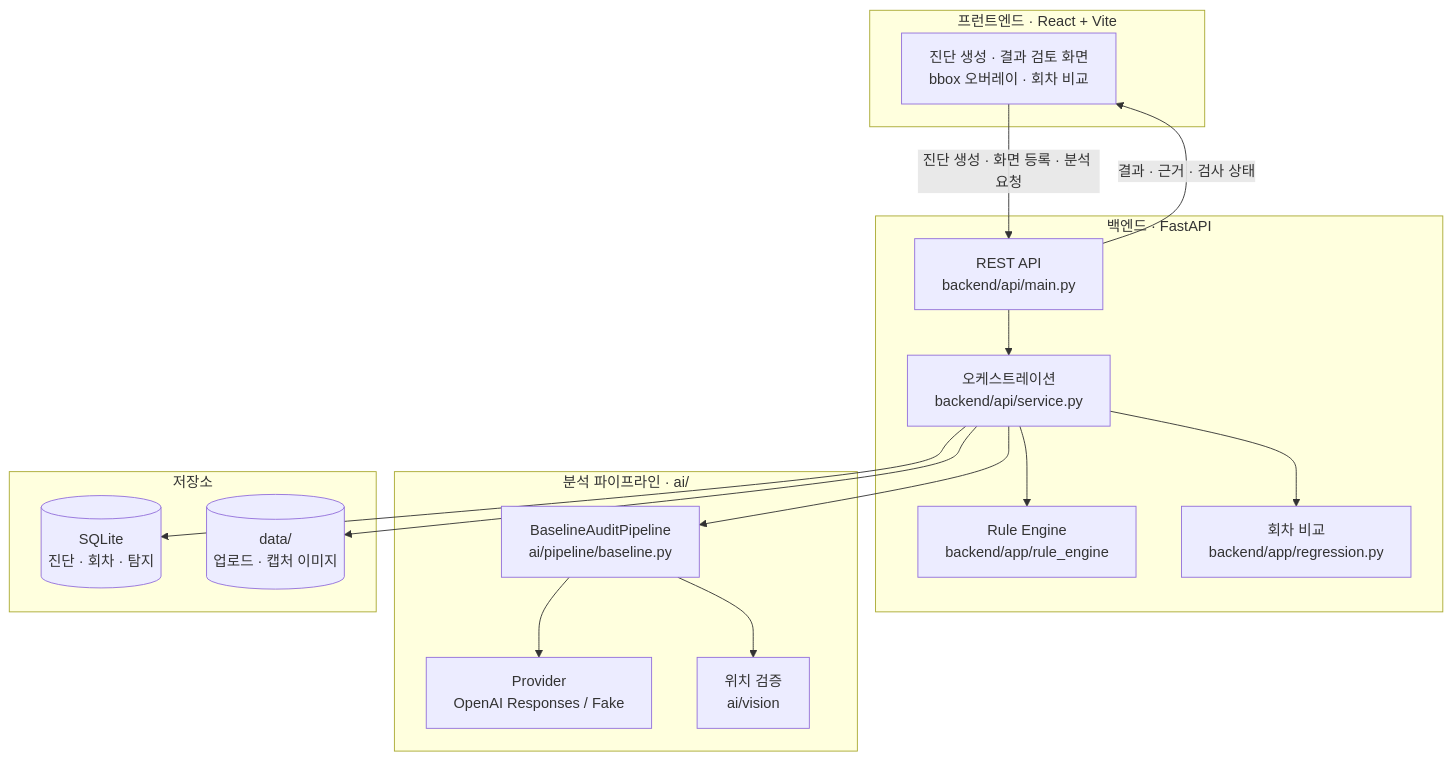
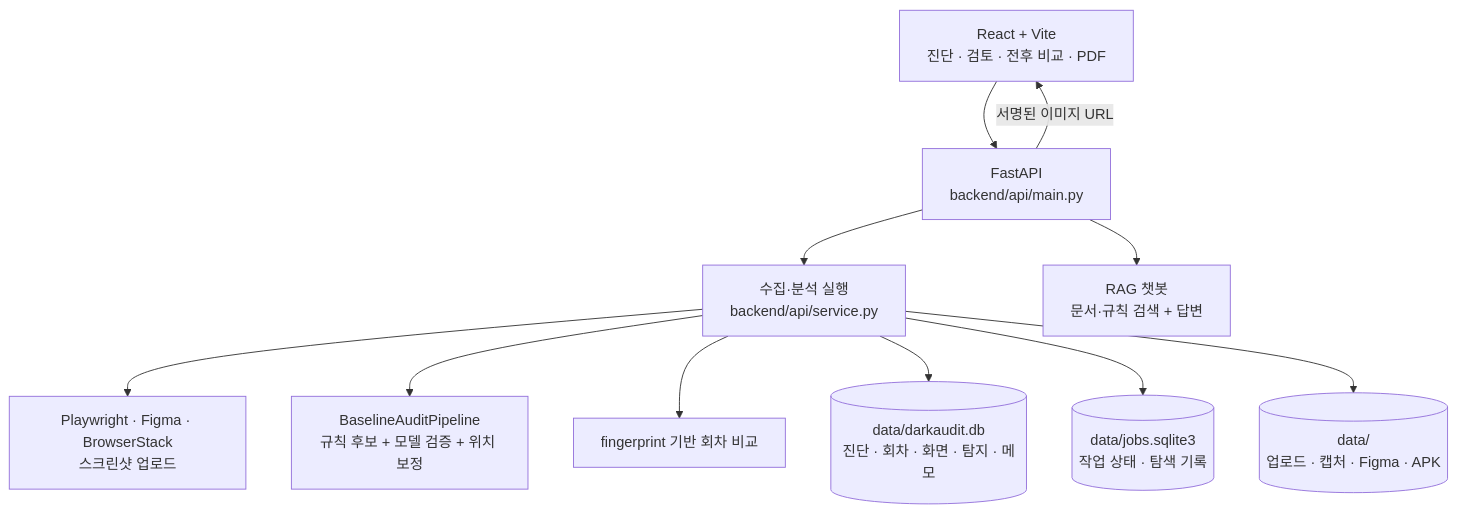
Before and after one commit to sogeumbbang/DarkAudit: the first of 2 diagrams in docs/architecture.md, drawn with Mermaid. The commit also changed other lines of this file and 11 other files, not shown here.

Commit message:
docs: sync guides with current analysis and review flows

````diff
--- a/docs/architecture.md
+++ b/docs/architecture.md
@@ -9,35 +9,23 @@
 ```mermaid
-graph TB
-    subgraph client["프런트엔드 · React + Vite"]
-        UI["진단 생성 · 결과 검토 화면<br/>bbox 오버레이 · 회차 비교"]
-    end
-
-    subgraph api["백엔드 · FastAPI"]
-        REST["REST API<br/>backend/api/main.py"]
-        SVC["오케스트레이션<br/>backend/api/service.py"]
-        RE["Rule Engine<br/>backend/app/rule_engine"]
-        REG["회차 비교<br/>backend/app/regression.py"]
-    end
-
-    subgraph ai["분석 파이프라인 · ai/"]
-        PIPE["BaselineAuditPipeline<br/>ai/pipeline/baseline.py"]
-        PROV["Provider<br/>OpenAI Responses / Fake"]
-        VIS["위치 검증<br/>ai/vision"]
-    end
-
-    subgraph store["저장소"]
-        DB[("SQLite<br/>진단 · 회차 · 탐지")]
-        FS[("data/<br/>업로드 · 캡처 이미지")]
-    end
-
-    UI -->|"진단 생성 · 화면 등록 · 분석 요청"| REST
-    REST --> SVC
-    SVC --> RE
+flowchart TB
+    UI["React + Vite<br/>진단 · 검토 · 전후 비교 · PDF"]
+    API["FastAPI<br/>backend/api/main.py"]
+    SVC["수집·분석 실행<br/>backend/api/service.py"]
+    INPUT["Playwright · Figma · BrowserStack<br/>스크린샷 업로드"]
+    PIPE["BaselineAuditPipeline<br/>규칙 후보 + 모델 검증 + 위치 보정"]
+    REG["fingerprint 기반 회차 비교"]
+    CHAT["RAG 챗봇<br/>문서·규칙 검색 + 답변"]
+    DB[("data/darkaudit.db<br/>진단 · 회차 · 화면 · 탐지 · 메모")]
+    JOB[("data/jobs.sqlite3<br/>작업 상태 · 탐색 기록")]
+    FS[("data/<br/>업로드 · 캡처 · Figma · APK")]
+    UI --> API
+    API --> SVC
+    API --> CHAT
+    SVC --> INPUT
     SVC --> PIPE
-    PIPE --> PROV
-    PIPE --> VIS
     SVC --> REG
     SVC --> DB
+    SVC --> JOB
     SVC --> FS
-    REST -->|"결과 · 근거 · 검사 상태"| UI
+    API -->|"서명된 이미지 URL"| UI
 ```
````
